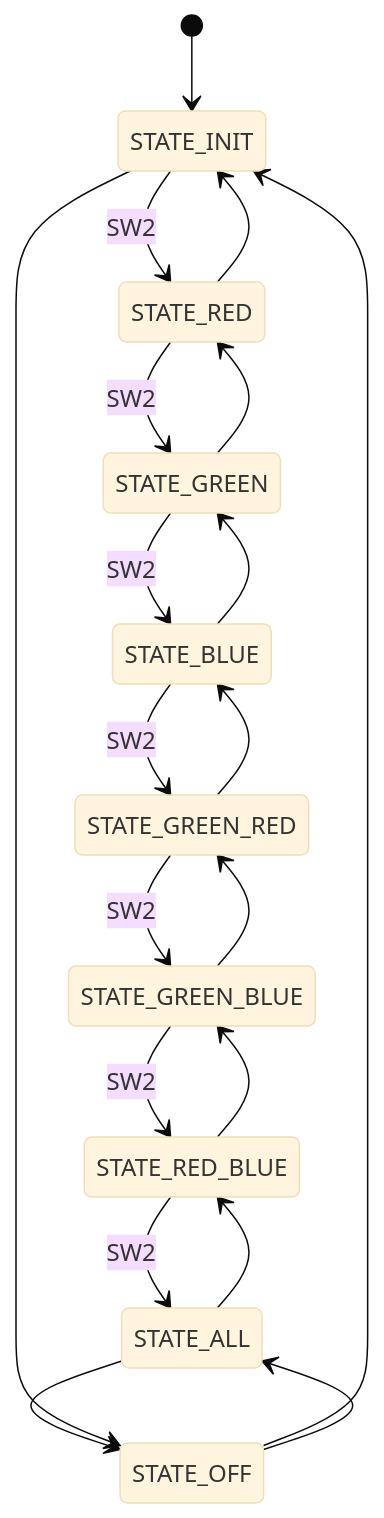
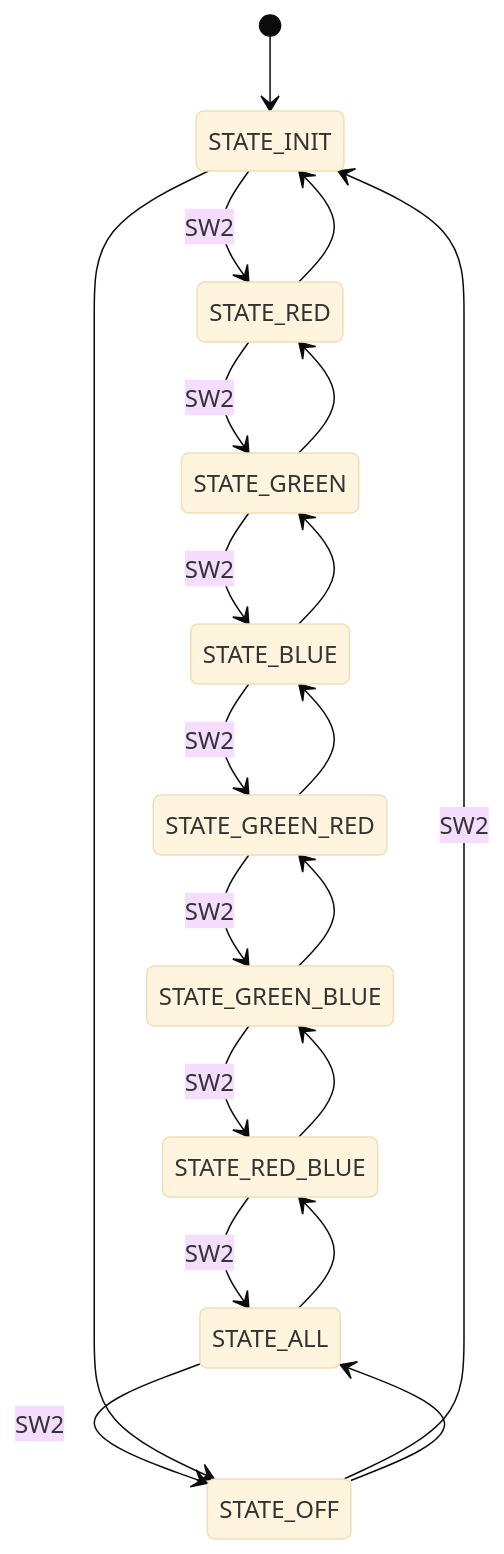
One commit to AngelMzno/iodraw-files changed the diagram in all/Mapa de Estado.md. Above: the diagram before and after it, drawn with Mermaid (base theme).

Commit message:
2024-09-03 19:56:08 update

````diff
--- a/all/Mapa de Estado.md
+++ b/all/Mapa de Estado.md
@@ -1,26 +1,26 @@
 ```mermaid
 stateDiagram-v2 
 [*]-->STATE_INIT 
 STATE_INIT -->  STATE_RED :SW2
 STATE_RED --> STATE_GREEN:SW2
 STATE_GREEN-->STATE_BLUE:SW2
 STATE_BLUE -->STATE_GREEN_RED:SW2
 STATE_GREEN_RED -->STATE_GREEN_BLUE:SW2
 STATE_GREEN_BLUE-->STATE_RED_BLUE:SW2
 STATE_RED_BLUE-->STATE_ALL:SW2
-STATE_ALL-->STATE_OFF
-STATE_OFF-->STATE_INIT
+STATE_ALL-->STATE_OFF:SW2
+STATE_OFF-->STATE_INIT:SW2
 
 STATE_INIT --> STATE_OFF
 STATE_RED --> STATE_INIT
 STATE_GREEN-->STATE_RED
 STATE_BLUE -->STATE_GREEN
 STATE_GREEN_RED -->STATE_BLUE
 STATE_GREEN_BLUE-->STATE_GREEN_RED
 STATE_RED_BLUE-->STATE_GREEN_BLUE
 STATE_ALL-->STATE_RED_BLUE
 STATE_OFF-->STATE_ALL
 
 
 
 ```
````
